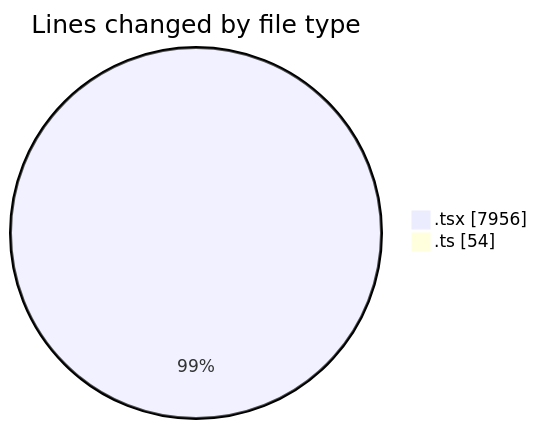
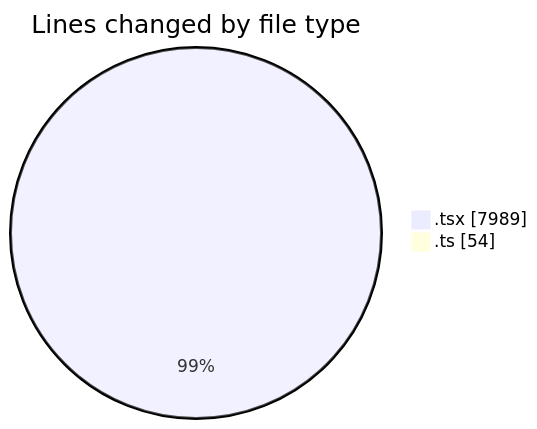
Before and after one commit to nxtqubesakshisongat/code-tracking: the first of 2 diagrams in 2026-03-05/nxtqube_webapp/README.md, drawn with Mermaid. The commit also changed other lines of this file and 1 other file, not shown here.

````diff
--- a/2026-03-05/nxtqube_webapp/README.md
+++ b/2026-03-05/nxtqube_webapp/README.md
@@ -31,6 +31,6 @@
 ```mermaid
 pie showData
 title Lines changed by file type
-".tsx" : 7956
+".tsx" : 7989
 ".ts" : 54
 ```
````
